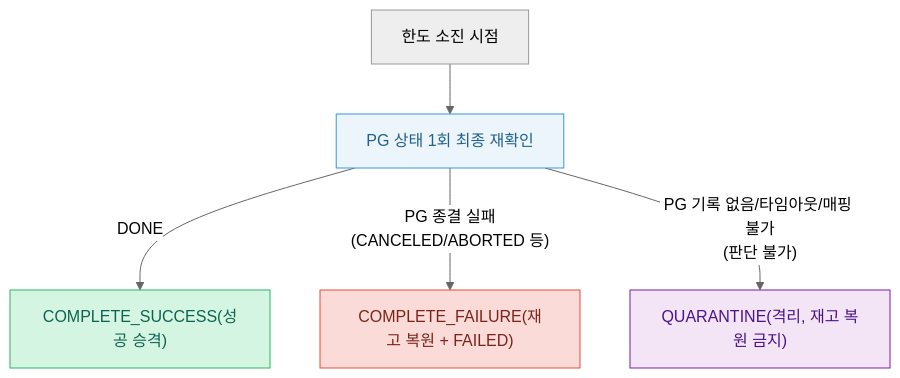
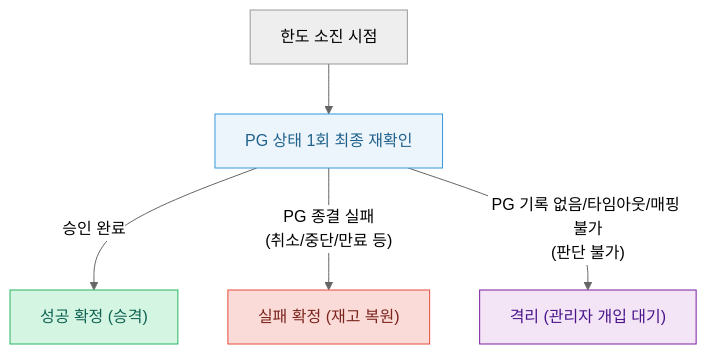
One commit to hyoguoo/hyoguoo.github.io changed the fifth of 10 diagrams in src/content/docs/blog/payment-recovery-state-design.md. Above: the diagram before and after it, drawn with Mermaid (neutral theme). The commit also changed other lines of this file and 1 other file, not shown here.

````diff
--- a/src/content/docs/blog/payment-recovery-state-design.md
+++ b/src/content/docs/blog/payment-recovery-state-design.md
@@ -267,11 +267,11 @@
 ```mermaid
 flowchart TD
     classDef success fill: #D5F5E3, color: #0E6251, stroke: #28B463
     classDef failure fill: #FADBD8, color: #7B241C, stroke: #E74C3C
     classDef quarantine fill: #F3E5F5, color: #4A148C, stroke: #7B1FA2
     classDef action fill: #EBF5FB, color: #21618C, stroke: #3498DB
     A["한도 소진 시점"] --> B["PG 상태 1회 최종 재확인"]:::action
-    B -->|" DONE "| C["COMPLETE_SUCCESS(성공 승격)"]:::success
-    B -->|" PG 종결 실패\n(CANCELED/ABORTED 등) "| D["COMPLETE_FAILURE(재고 복원 + FAILED)"]:::failure
-    B -->|" PG 기록 없음/타임아웃/매핑 불가\n(판단 불가) "| F["QUARANTINE(격리, 재고 복원 금지)"]:::quarantine
+    B -->|" 승인 완료 "| C["성공 확정 (승격)"]:::success
+    B -->|" PG 종결 실패\n(취소/중단/만료 등) "| D["실패 확정 (재고 복원)"]:::failure
+    B -->|" PG 기록 없음/타임아웃/매핑 불가\n(판단 불가) "| F["격리 (관리자 개입 대기)"]:::quarantine
 ```
````
